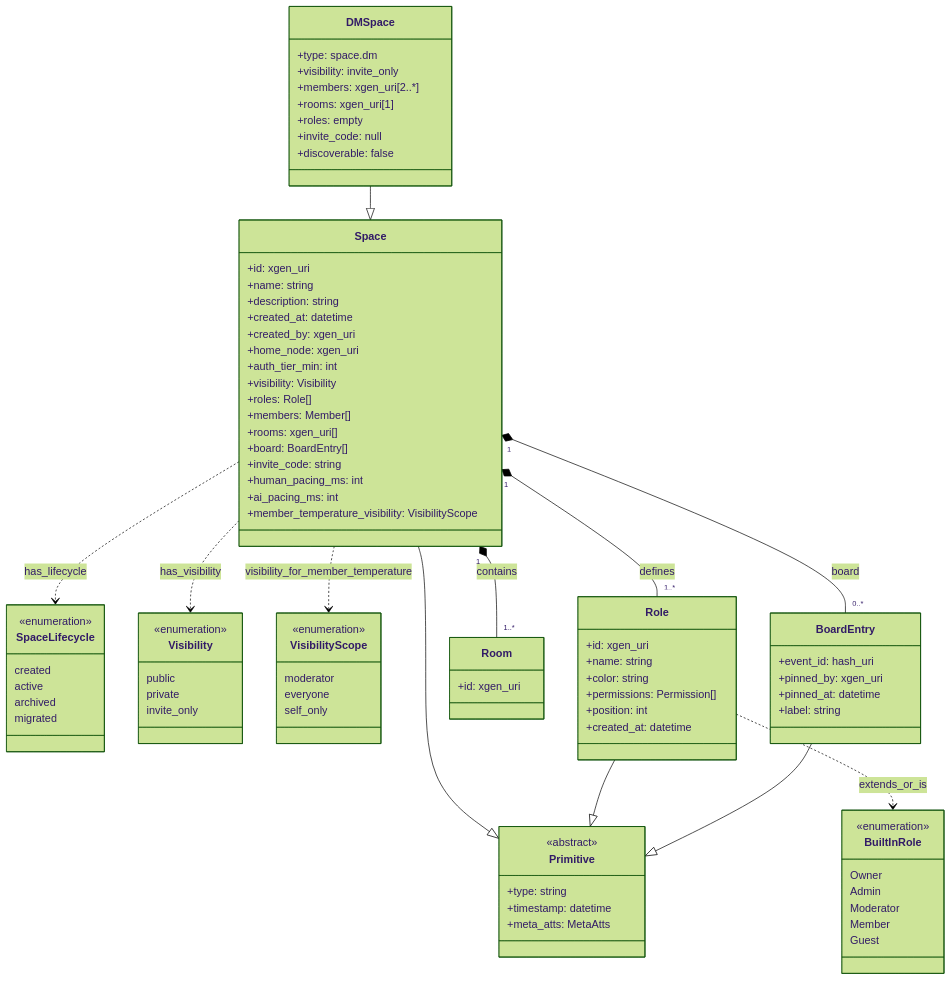
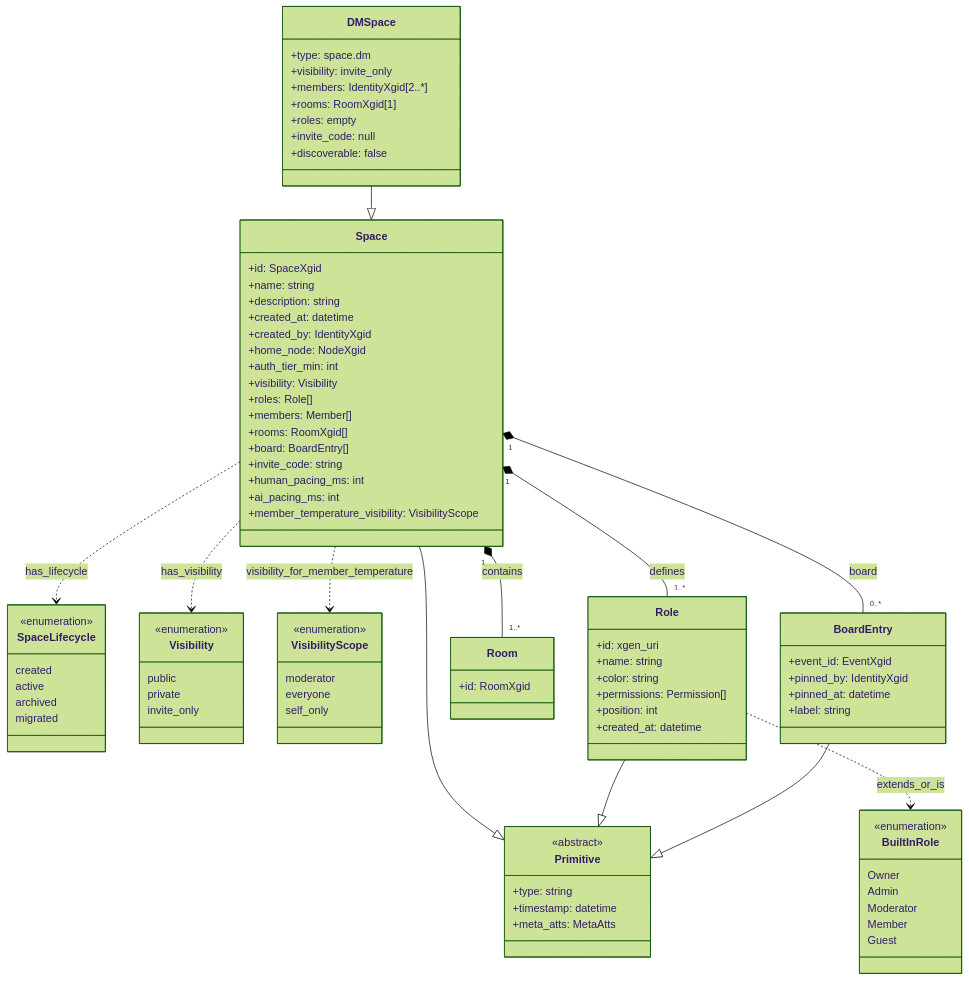
The seventh of 16 diagrams in docs/xgen_appendix_c_en.md (ianus777/XGenProtocol), drawn with Mermaid (forest theme) before and after one commit. The commit also changed other lines of this file and 1 other file, not shown here.

```diff
--- a/docs/xgen_appendix_c_en.md
+++ b/docs/xgen_appendix_c_en.md
@@ -549,17 +551,17 @@
         +meta_atts: MetaAtts
     }
     class Space {
-        +id: xgen_uri
+        +id: SpaceXgid
         +name: string
         +description: string
         +created_at: datetime
-        +created_by: xgen_uri
-        +home_node: xgen_uri
+        +created_by: IdentityXgid
+        +home_node: NodeXgid
         +auth_tier_min: int
         +visibility: Visibility
         +roles: Role[]
         +members: Member[]
-        +rooms: xgen_uri[]
+        +rooms: RoomXgid[]
         +board: BoardEntry[]
         +invite_code: string
         +human_pacing_ms: int
@@ -569,8 +571,8 @@
     class DMSpace {
         +type: space.dm
         +visibility: invite_only
-        +members: xgen_uri[2..*]
-        +rooms: xgen_uri[1]
+        +members: IdentityXgid[2..*]
+        +rooms: RoomXgid[1]
         +roles: empty
         +invite_code: null
         +discoverable: false
@@ -602,6 +604,8 @@
         +position: int
         +created_at: datetime
     }
+    %% Role.id stays as `xgen_uri`: Role does not have a flavoured XGID in
+    %% Pass 1 scope (no `RoleXgid` exists; Phase-3 work).
     class BuiltInRole {
         <<enumeration>>
         Owner
@@ -611,11 +615,11 @@
         Guest
     }
     class Room {
-        +id: xgen_uri
+        +id: RoomXgid
     }
     class BoardEntry {
-        +event_id: hash_uri
-        +pinned_by: xgen_uri
+        +event_id: EventXgid
+        +pinned_by: IdentityXgid
         +pinned_at: datetime
         +label: string
     }
```
